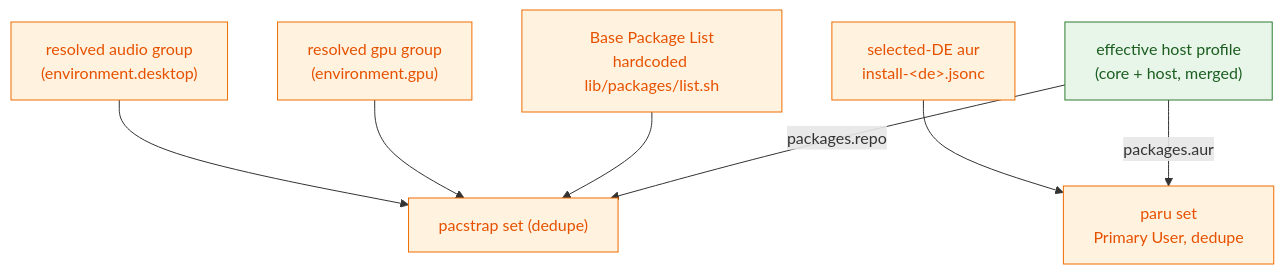
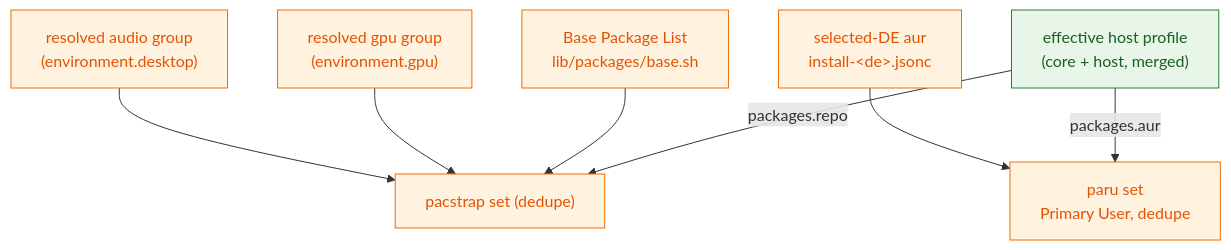
One commit to Aquastias/Arch-Dotfiles changed the third of 4 diagrams in .os/ARCHITECTURE.md. Above: the diagram before and after it, drawn with Mermaid. The commit also changed 4 other files, not shown here.

````diff
--- a/.os/ARCHITECTURE.md
+++ b/.os/ARCHITECTURE.md
@@ -242,21 +242,21 @@
 ```mermaid
 flowchart TD
   classDef eff fill:#e8f5e9,stroke:#2e7d32,color:#1b5e20
   classDef set fill:#fff3e0,stroke:#ef6c00,color:#e65100
 
   HE["effective host profile<br/>(core + host, merged)"]:::eff
 
-  BASE["Base Package List<br/>hardcoded lib/packages/list.sh"]:::set
+  BASE["Base Package List<br/>lib/packages/base.sh"]:::set
   GPU["resolved gpu group<br/>(environment.gpu)"]:::set
   AUD["resolved audio group<br/>(environment.desktop)"]:::set
   PAC["pacstrap set (dedupe)"]:::set
   HE-->|packages.repo|PAC
   BASE-->PAC
   GPU-->PAC
   AUD-->PAC
 
   DEAUR["selected-DE aur<br/>install-&lt;de&gt;.jsonc"]:::set
   PARU["paru set<br/>Primary User, dedupe"]:::set
   HE-->|packages.aur|PARU
   DEAUR-->PARU
 ```
````
